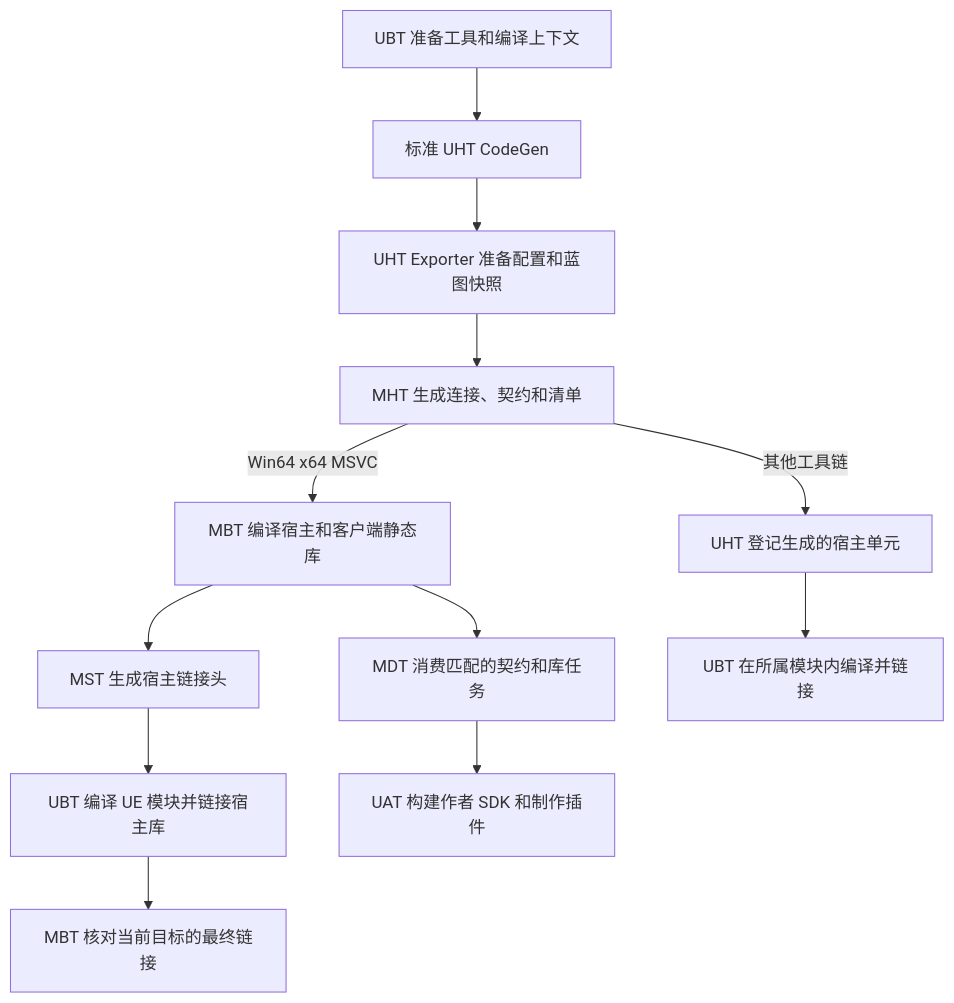
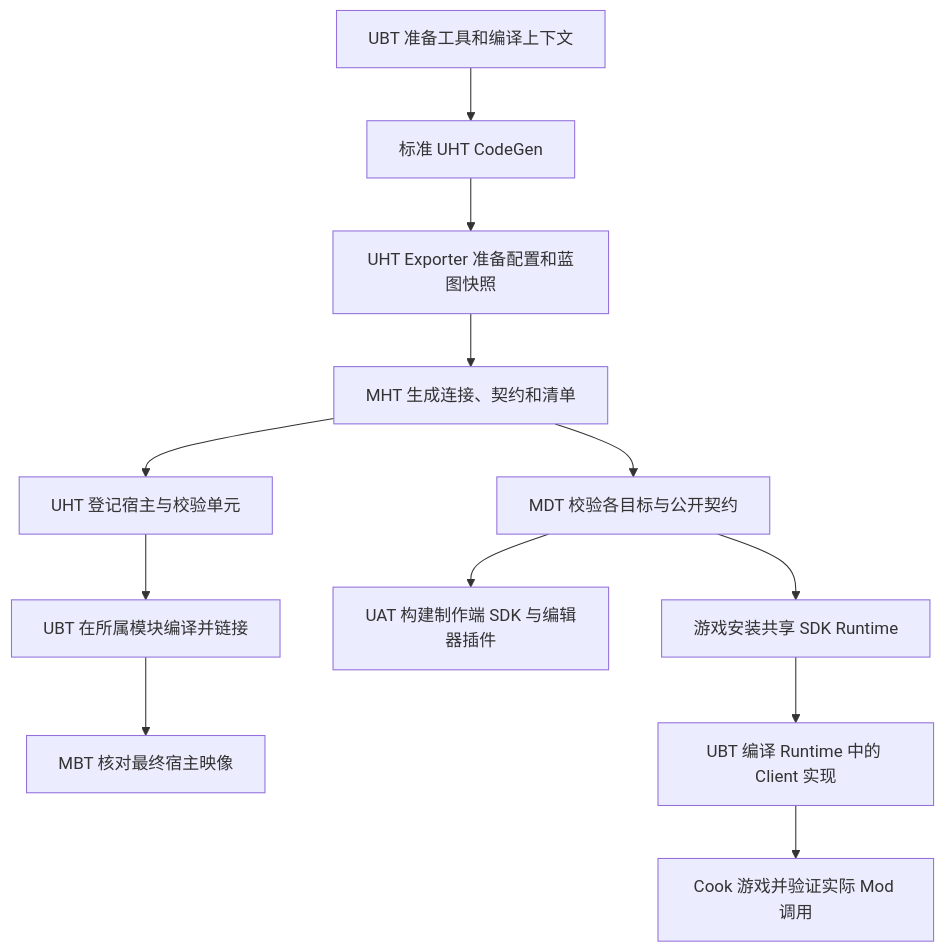
The diagram in Docs/UnrealModFramework_游戏端详细设计.md (Nelaric/UnrealModFramework), drawn with Mermaid before and after one commit. The commit also changed other lines of this file and 69 other files, not shown here.

First line of the commit message:
feat: compile host bindings with UBT and share the SDK runtime across mods (#126)

````diff
--- a/Docs/UnrealModFramework_游戏端详细设计.md
+++ b/Docs/UnrealModFramework_游戏端详细设计.md
@@ -435,14 +435,14 @@
 ```mermaid
 flowchart TD
     A[UBT 准备工具和编译上下文] --> B[标准 UHT CodeGen]
     B --> C[UHT Exporter 准备配置和蓝图快照]
     C --> D[MHT 生成连接、契约和清单]
-    D -->|Win64 x64 MSVC| E[MBT 编译宿主和客户端静态库]
-    E --> F[MST 生成宿主链接头]
-    F --> G[UBT 编译 UE 模块并链接宿主库]
-    G --> H[MBT 核对当前目标的最终链接]
-    E --> I[MDT 消费匹配的契约和库任务]
-    I --> J[UAT 构建作者 SDK 和制作插件]
-    D -->|其他工具链| K[UHT 登记生成的宿主单元]
-    K --> L[UBT 在所属模块内编译并链接]
+    D --> E[UHT 登记宿主与校验单元]
+    E --> F[UBT 在所属模块编译并链接]
+    F --> G[MBT 核对最终宿主映像]
+    D --> I[MDT 校验各目标与公开契约]
+    I --> J[UAT 构建制作端 SDK 与编辑器插件]
+    I --> K[游戏安装共享 SDK Runtime]
+    K --> L[UBT 编译 Runtime 中的 Client 实现]
+    L --> M[Cook 游戏并验证实际 Mod 调用]
 ```
````
